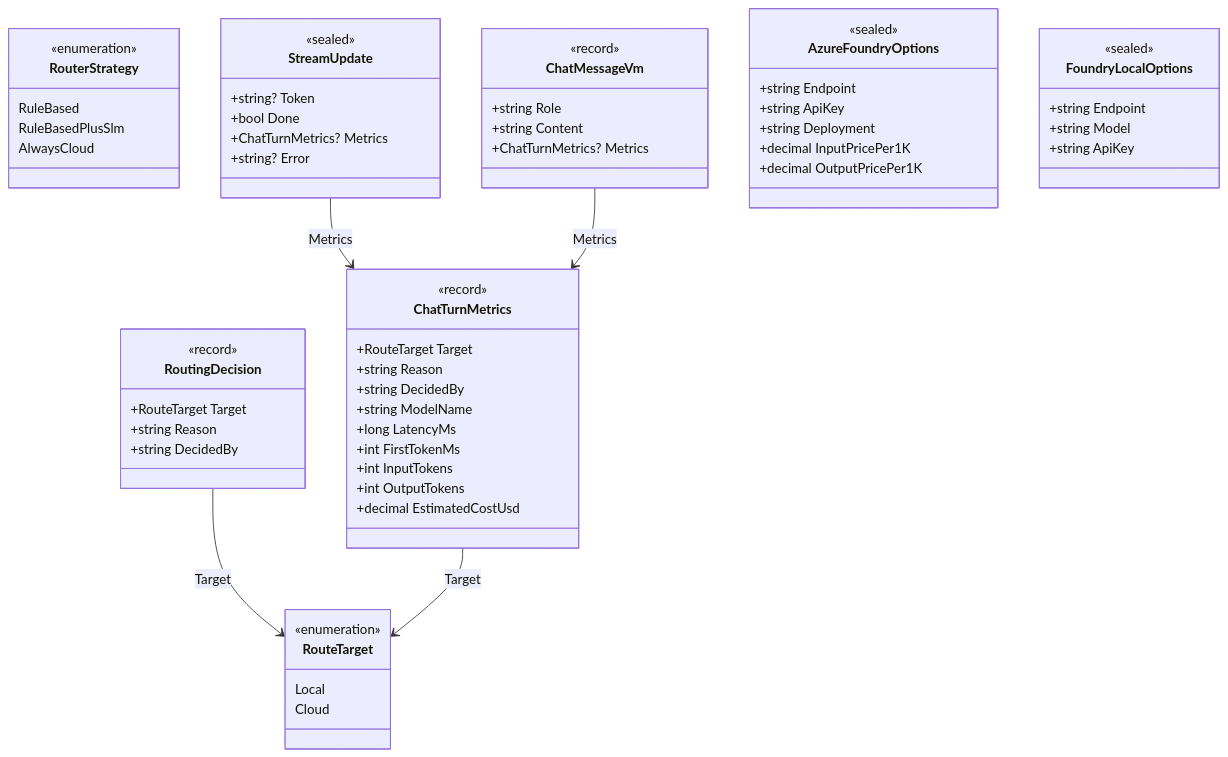
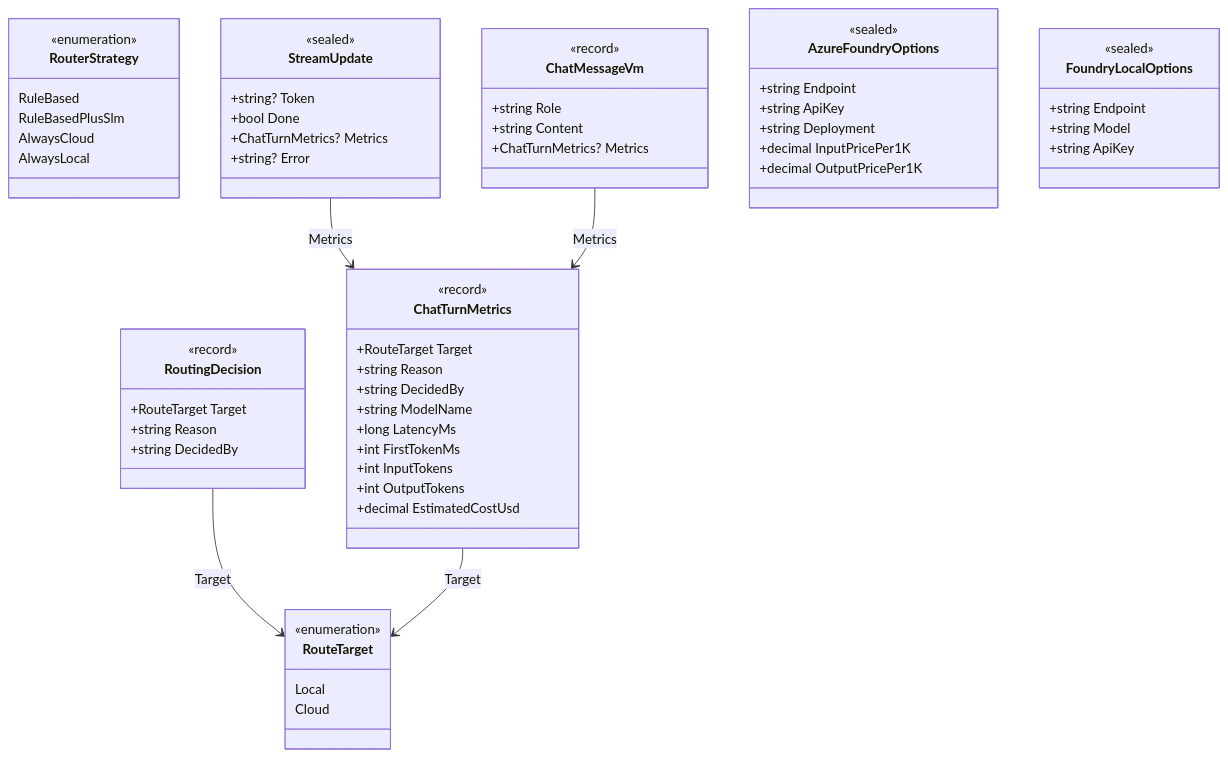
The second of 3 diagrams in src/HybridPingPong.Core/README.md (dpcons/HybridPingPong), drawn with Mermaid before and after one commit. The commit also changed other lines of this file and 4 other files, not shown here.

Commit message:
feat: add AlwaysLocal routing strategy and corresponding implementation

````diff
--- a/src/HybridPingPong.Core/README.md
+++ b/src/HybridPingPong.Core/README.md
@@ -70,71 +76,72 @@
 ```mermaid
 classDiagram
     class RouteTarget {
         <<enumeration>>
         Local
         Cloud
     }
 
     class RouterStrategy {
         <<enumeration>>
         RuleBased
         RuleBasedPlusSlm
         AlwaysCloud
+        AlwaysLocal
     }
 
     class RoutingDecision {
         <<record>>
         +RouteTarget Target
         +string Reason
         +string DecidedBy
     }
 
     class ChatTurnMetrics {
         <<record>>
         +RouteTarget Target
         +string Reason
         +string DecidedBy
         +string ModelName
         +long LatencyMs
         +int FirstTokenMs
         +int InputTokens
         +int OutputTokens
         +decimal EstimatedCostUsd
     }
 
     class StreamUpdate {
         <<sealed>>
         +string? Token
         +bool Done
         +ChatTurnMetrics? Metrics
         +string? Error
     }
 
     class ChatMessageVm {
         <<record>>
         +string Role
         +string Content
         +ChatTurnMetrics? Metrics
     }
 
     class AzureFoundryOptions {
         <<sealed>>
         +string Endpoint
         +string ApiKey
         +string Deployment
         +decimal InputPricePer1K
         +decimal OutputPricePer1K
     }
 
     class FoundryLocalOptions {
         <<sealed>>
         +string Endpoint
         +string Model
         +string ApiKey
     }
 
     RoutingDecision --> RouteTarget : Target
     ChatTurnMetrics --> RouteTarget : Target
     StreamUpdate --> ChatTurnMetrics : Metrics
     ChatMessageVm --> ChatTurnMetrics : Metrics
 ```
````
